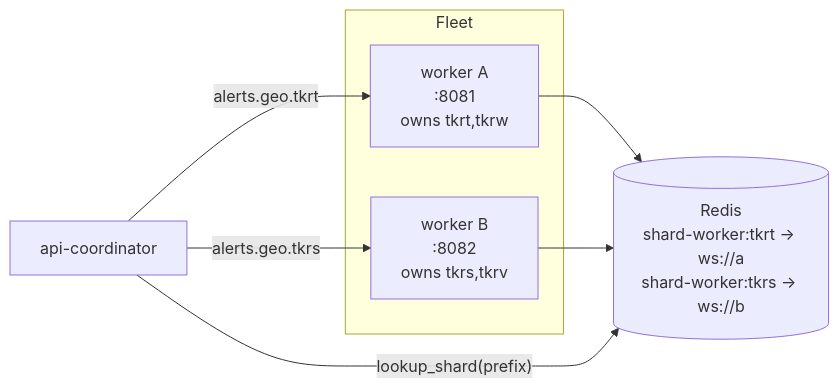
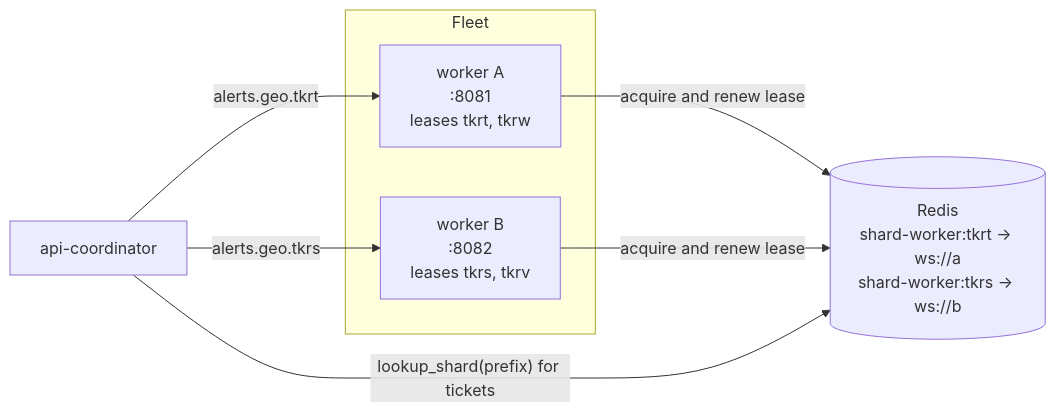
Diagram 14 of 14 in README.md (MuaazTasawar/pulsegrid), drawn with Mermaid before and after one commit. The commit also changed other lines of this file and 4 other files, not shown here.

````diff
--- a/README.md
+++ b/README.md
@@ -1030,13 +1312,13 @@
 ```mermaid
 flowchart LR
     subgraph Fleet
-        A["worker A<br/>:8081<br/>owns tkrt,tkrw"]
-        B["worker B<br/>:8082<br/>owns tkrs,tkrv"]
+        A["worker A<br/>:8081<br/>leases tkrt, tkrw"]
+        B["worker B<br/>:8082<br/>leases tkrs, tkrv"]
     end
     R[("Redis<br/>shard-worker:tkrt -> ws://a<br/>shard-worker:tkrs -> ws://b")]
-    A --> R
-    B --> R
-    API["api-coordinator"] -->|"lookup_shard(prefix)"| R
-    API -->|"alerts.geo.tkrt"| A
-    API -->|"alerts.geo.tkrs"| B
+    A -- "acquire and renew lease" --> R
+    B -- "acquire and renew lease" --> R
+    API["api-coordinator"] -- "lookup_shard(prefix) for tickets" --> R
+    API -- "alerts.geo.tkrt" --> A
+    API -- "alerts.geo.tkrs" --> B
 ```
````
